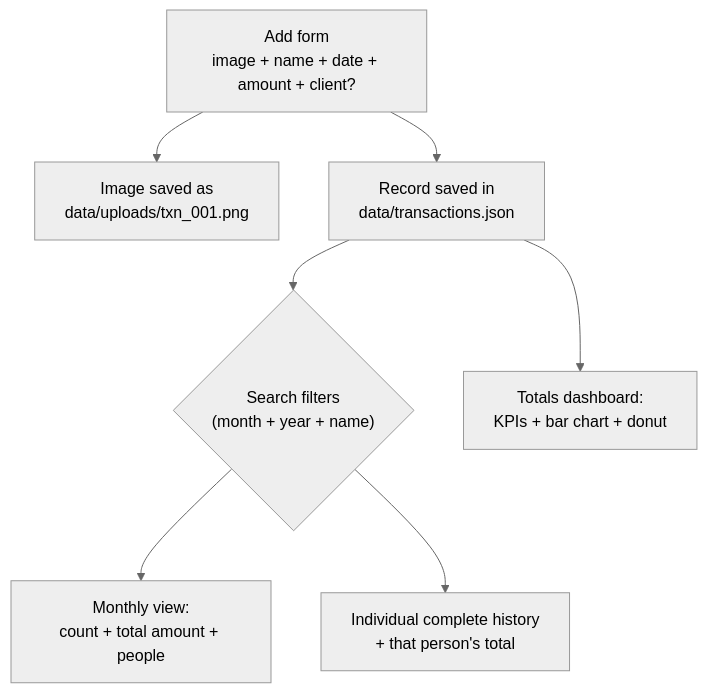
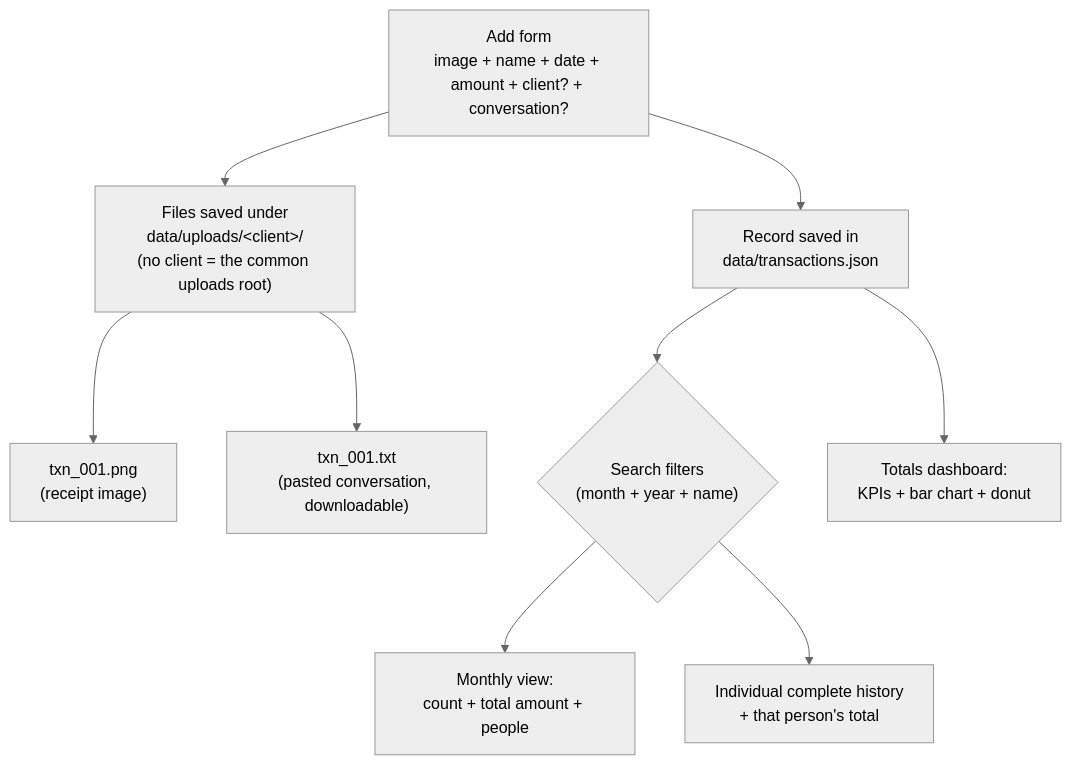
Before and after one commit to bluekitsune-sad/python_practice_and_projects: the second of 3 diagrams in HRMS/README.md, drawn with Mermaid (neutral theme). The commit also changed other lines of this file and 7 other files, not shown here.

````diff
--- a/HRMS/README.md
+++ b/HRMS/README.md
@@ -76,9 +76,11 @@
 ```mermaid
 flowchart TD
-    F["Add form<br/>image + name + date + amount + client?"] --> S["Image saved as<br/>data/uploads/txn_001.png"]
+    F["Add form<br/>image + name + date + amount + client? + conversation?"] --> S["Files saved under<br/>data/uploads/&lt;client&gt;/<br/>(no client = the common uploads root)"]
+    S --> IMG["txn_001.png<br/>(receipt image)"]
+    S --> TXT["txn_001.txt<br/>(pasted conversation, downloadable)"]
     F --> R["Record saved in<br/>data/transactions.json"]
     R --> Q{"Search filters<br/>(month + year + name)"}
     Q --> M["Monthly view:<br/>count + total amount + people"]
     Q --> H["Individual complete history<br/>+ that person's total"]
     R --> D["Totals dashboard:<br/>KPIs + bar chart + donut"]
 ```
````
